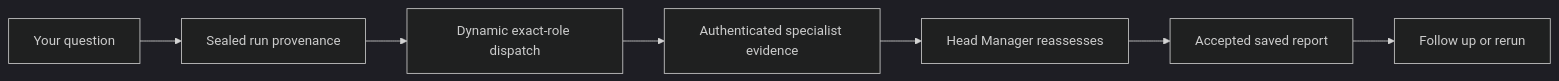
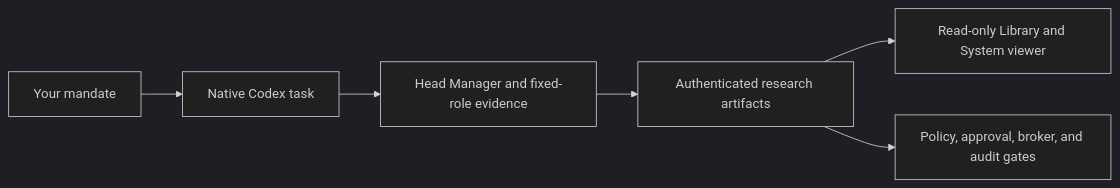
Before and after one commit to HSKIMRobert/tradingcodex: the diagram in README.md, drawn with Mermaid (dark theme). The commit also changed other lines of this file and 34 other files, not shown here.

````diff
--- a/README.md
+++ b/README.md
@@ -99,9 +98,8 @@
 ```mermaid
 flowchart LR
-  prompt[Your question] --> binding[Sealed run provenance]
-  binding --> dispatch[Dynamic exact-role dispatch]
-  dispatch --> evidence[Authenticated specialist evidence]
-  evidence --> reassess[Head Manager reassesses]
-  reassess --> report[Accepted saved report]
-  report --> followup[Follow up or rerun]
+  question[Your mandate] --> codex[Native Codex task]
+  codex --> team[Head Manager and fixed-role evidence]
+  team --> artifacts[Authenticated research artifacts]
+  artifacts --> viewer[Read-only Library and System viewer]
+  artifacts --> service[Policy, approval, broker, and audit gates]
 ```
````
